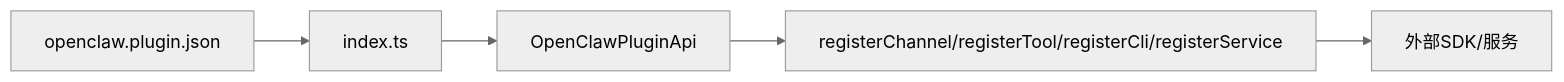
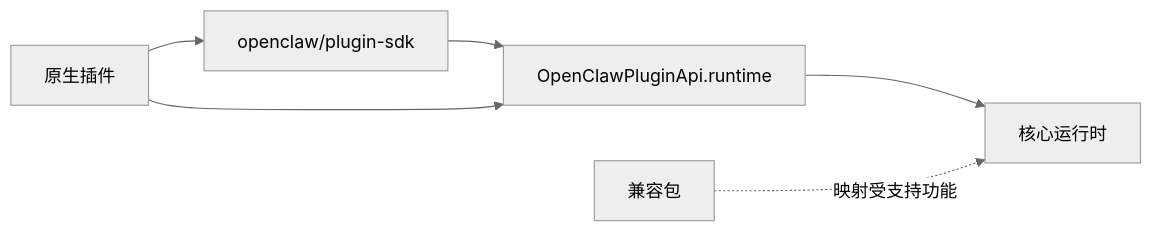
The third of 3 diagrams in repowiki/zh/content/插件系统/插件开发指南/插件开发指南.md (botx-work/OpenClaw-Internals), drawn with Mermaid (neutral theme) before and after one commit. The commit also changed other lines of this file and 542 other files, not shown here.

````diff
--- a/repowiki/zh/content/插件系统/插件开发指南/插件开发指南.md
+++ b/repowiki/zh/content/插件系统/插件开发指南/插件开发指南.md
@@ -295,7 +231,8 @@
 ```mermaid
 graph LR
-MF["openclaw.plugin.json"] --> IDX["index.ts"]
-IDX --> API["OpenClawPluginApi"]
-API --> REG["registerChannel/registerTool/registerCli/registerService"]
-REG --> EXT["外部SDK/服务"]
+SDK["openclaw/plugin-sdk"] --> Runtime["OpenClawPluginApi.runtime"]
+Runtime --> Core["核心运行时"]
+Plugin["原生插件"] --> SDK
+Plugin --> Runtime
+Bundle["兼容包"] -.->|"映射受支持功能"| Core
 ```
````
